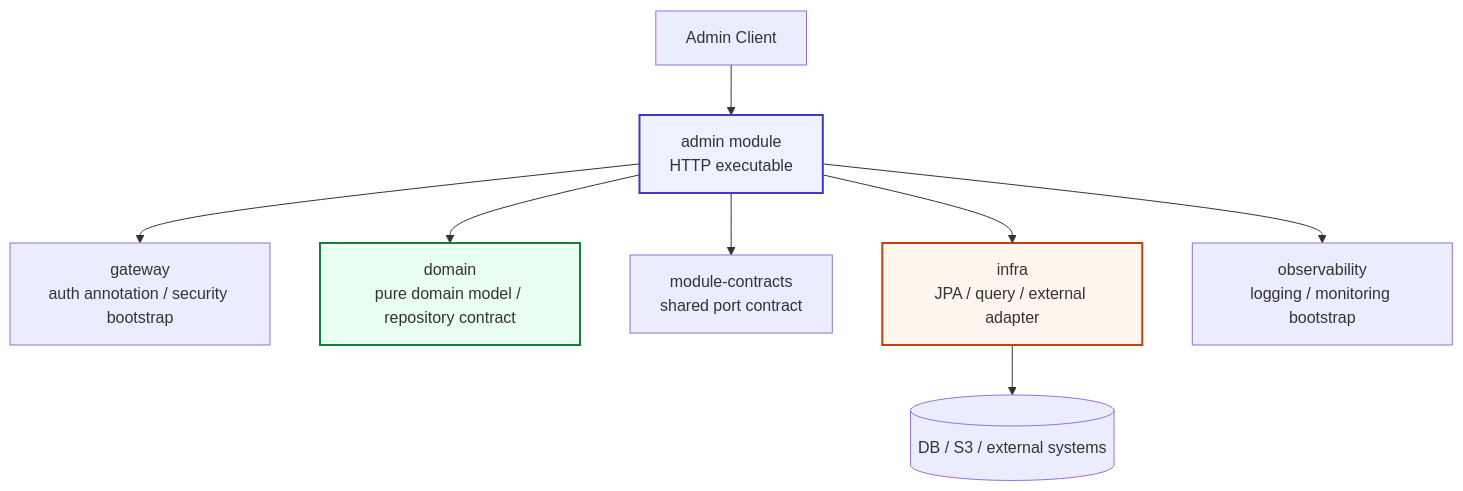
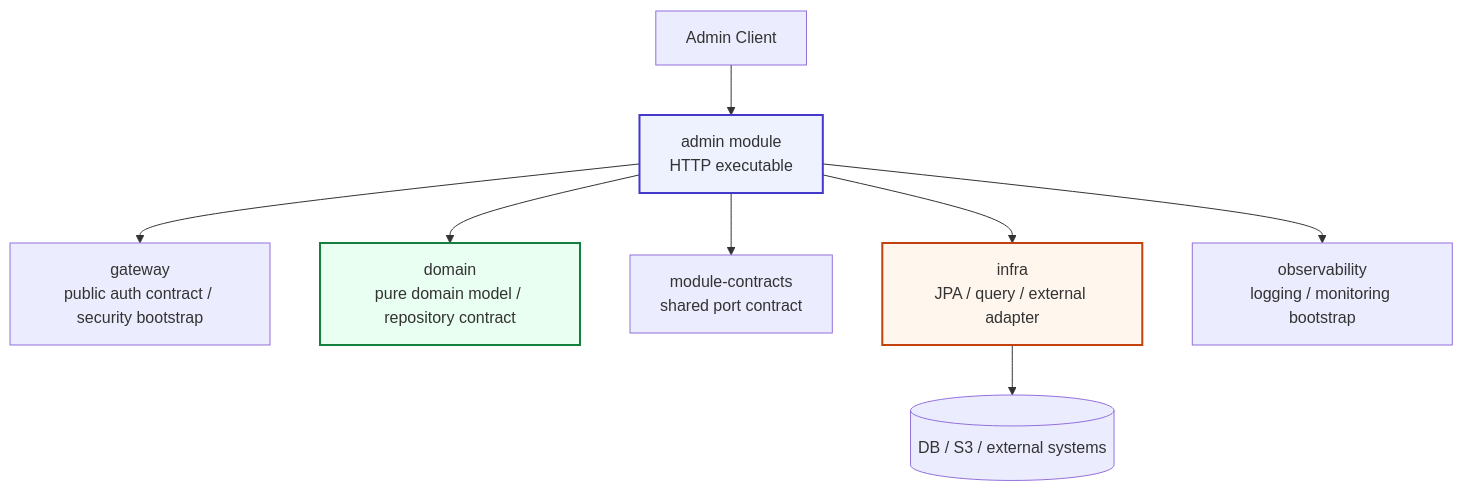
One commit to TEAM-BEAT/BEAT-SERVER changed the first of 6 diagrams in admin/README.md. Above: the diagram before and after it, drawn with Mermaid. The commit also changed other lines of this file and 47 other files, not shown here.

````diff
--- a/admin/README.md
+++ b/admin/README.md
@@ -12,23 +12,23 @@
 ```mermaid
 flowchart TB
     Client[Admin Client]
     Admin[admin module<br/>HTTP executable]
-    Gateway[gateway<br/>auth annotation / security bootstrap]
+    Gateway[gateway<br/>public auth contract / security bootstrap]
     Domain[domain<br/>pure domain model / repository contract]
     Contracts[module-contracts<br/>shared port contract]
     Infra[infra<br/>JPA / query / external adapter]
     Observability[observability<br/>logging / monitoring bootstrap]
     External[(DB / S3 / external systems)]
 
     Client --> Admin
     Admin --> Gateway
     Admin --> Domain
     Admin --> Contracts
     Admin --> Infra
     Admin --> Observability
     Infra --> External
 
     style Admin fill:#eef2ff,stroke:#4338ca,stroke-width:2px
     style Domain fill:#e8fff1,stroke:#15803d,stroke-width:2px
     style Infra fill:#fff7ed,stroke:#c2410c,stroke-width:2px
 ```
````
